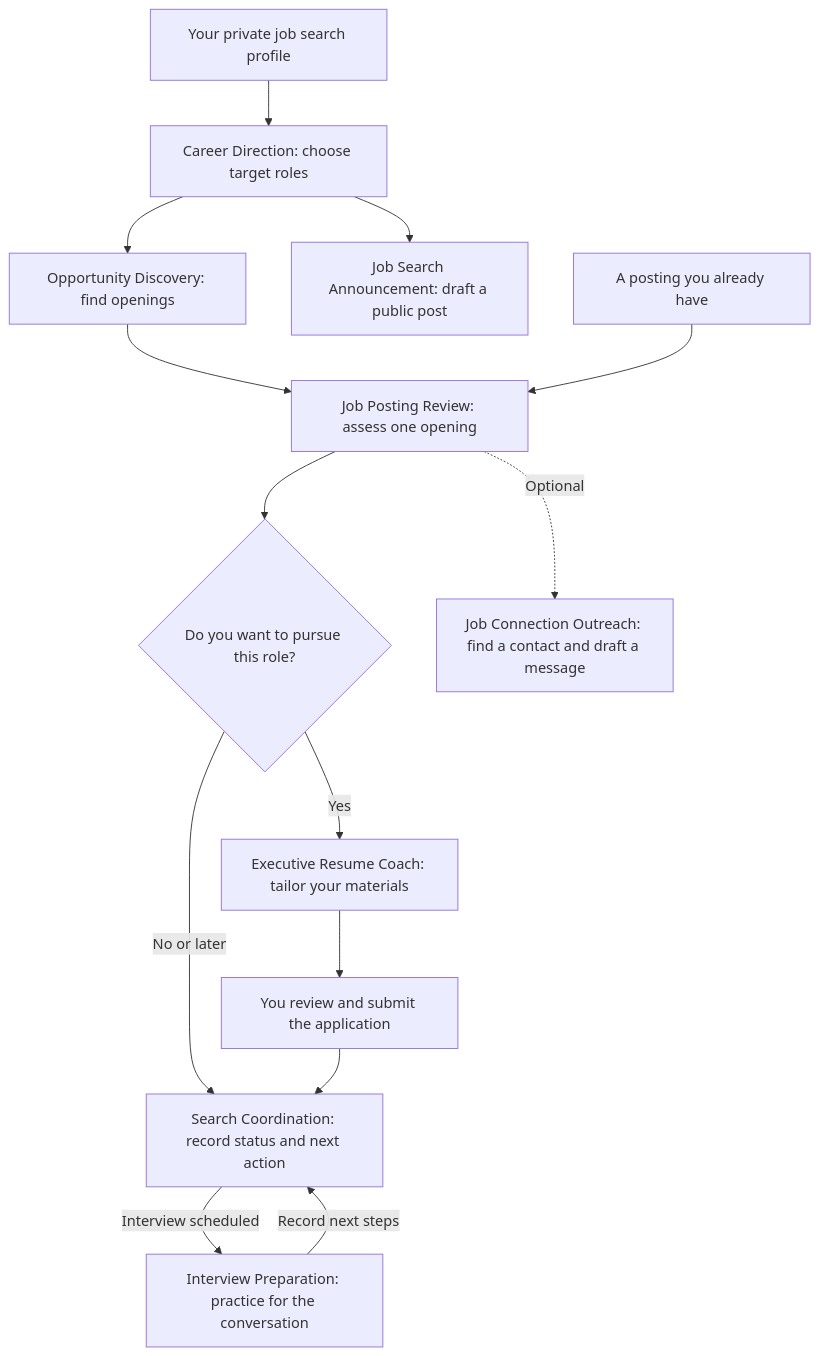
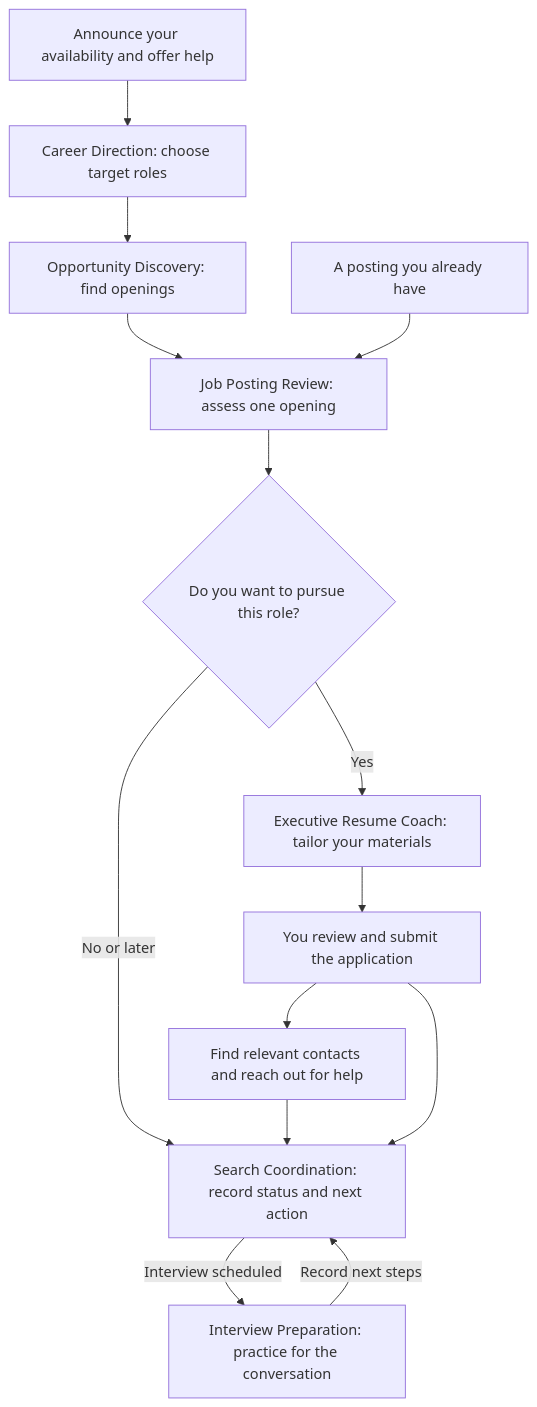
The diagram in guides/WORKFLOWS.md (tafell/Career-Job-Search), drawn with Mermaid before and after one commit. The commit also changed other lines of this file, not shown here.

Commit message:
Put the public announcement first and job-specific outreach after applying

````diff
--- a/guides/WORKFLOWS.md
+++ b/guides/WORKFLOWS.md
@@ -9,16 +9,16 @@
 ```mermaid
 flowchart TD
-    profile["Your private job search profile"] --> direction["Career Direction: choose target roles"]
+    announce["Announce your availability and offer help"] --> direction["Career Direction: choose target roles"]
     direction --> discover["Opportunity Discovery: find openings"]
-    direction --> announce["Job Search Announcement: draft a public post"]
     discover --> review["Job Posting Review: assess one opening"]
     posting["A posting you already have"] --> review
     review --> decide{"Do you want to pursue this role?"}
     decide -->|Yes| materials["Executive Resume Coach: tailor your materials"]
     decide -->|No or later| track["Search Coordination: record status and next action"]
-    review -.->|Optional| outreach["Job Connection Outreach: find a contact and draft a message"]
     materials --> submit["You review and submit the application"]
+    submit --> outreach["Find relevant contacts and reach out for help"]
+    outreach --> track
     submit --> track
     track -->|Interview scheduled| interview["Interview Preparation: practice for the conversation"]
     interview -->|Record next steps| track
 ```
````
